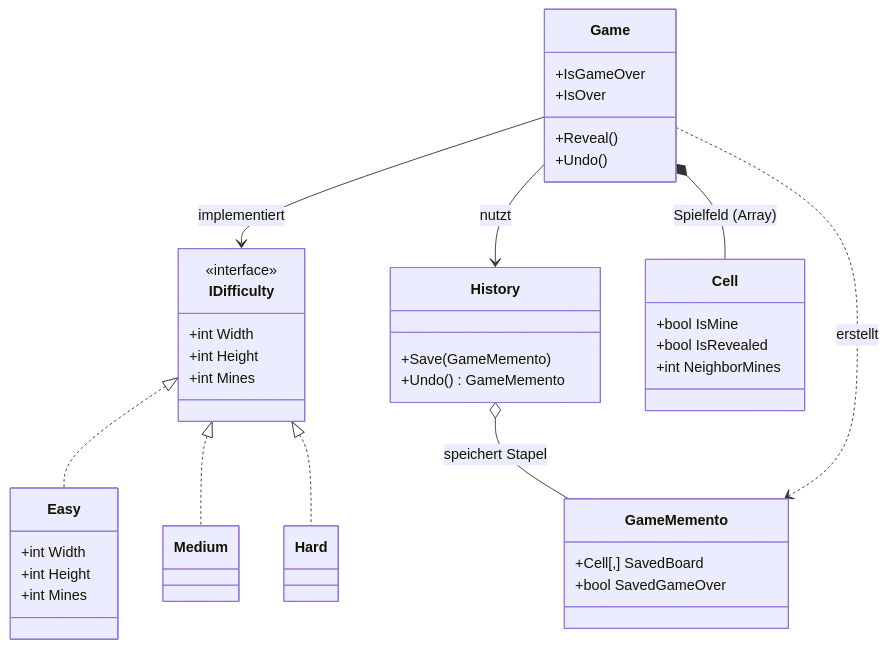
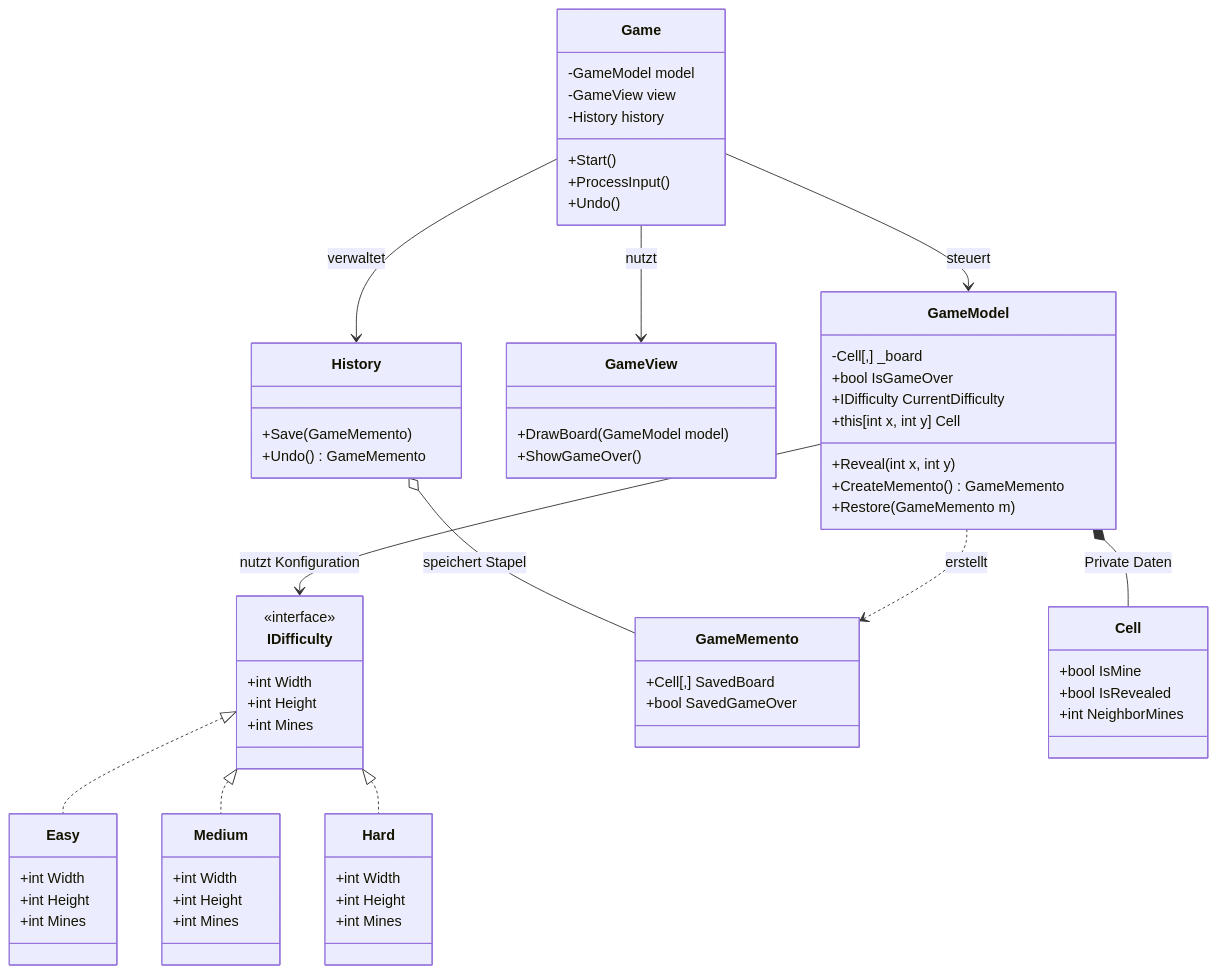
The first of 2 diagrams in README.md (Nevio23723/Minesweeper-in-C-sharp), drawn with Mermaid before and after one commit.

Commit message:
Refactor class diagram in README to include detailed attributes and relationships for game components

````diff
--- a/README.md
+++ b/README.md
@@ -78,24 +78,58 @@
     }
 
     class Medium {
+        +int Width
+        +int Height
+        +int Mines
     }
 
     class Hard {
+        +int Width
+        +int Height
+        +int Mines
     }
 
+    %% Implementierung der Interfaces
     IDifficulty <|.. Easy  
     IDifficulty <|.. Medium
     IDifficulty <|.. Hard 
 
-    class Game {
-        +Reveal()
-        +Undo()
-        +IsGameOver
-        +IsOver
+    %% MODEL: Daten, Indexer und Logik
+    class GameModel {
+        -Cell[,] _board
+        +bool IsGameOver
+        +IDifficulty CurrentDifficulty
+        %% C# Indexer
+        +this[int x, int y] Cell
+        +Reveal(int x, int y)
+        +CreateMemento() GameMemento
+        +Restore(GameMemento m)
     }
 
-    Game --> IDifficulty : implementiert
+    %% VIEW: Zeichnet
+    class GameView {
+        +DrawBoard(GameModel model)
+        +ShowGameOver()
+    }
 
+    %% CONTROLLER: Steuert
+    class Game {
+        -GameModel model
+        -GameView view
+        -History history
+        +Start()
+        +ProcessInput()
+        +Undo()
+    }
+
+    %% Beziehungen
+    Game --> GameModel : steuert
+    Game --> GameView : nutzt
+    
+    %% Das Model nutzt die Einstellungen von IDifficulty
+    GameModel --> IDifficulty : nutzt Konfiguration
+
+    %% Memento & History
     class GameMemento {
         +Cell[,] SavedBoard
         +bool SavedGameOver
@@ -106,9 +140,9 @@
         +Undo() GameMemento
     }
 
-    Game --> History : nutzt
+    Game --> History : verwaltet
     History o-- GameMemento : speichert Stapel
-    Game ..> GameMemento : erstellt
+    GameModel ..> GameMemento : erstellt
 
     class Cell {
         +bool IsMine
@@ -116,5 +150,5 @@
         +int NeighborMines
     }
 
-    Game *-- Cell : Spielfeld (Array)
+    GameModel *-- Cell : Private Daten
 ```
````
